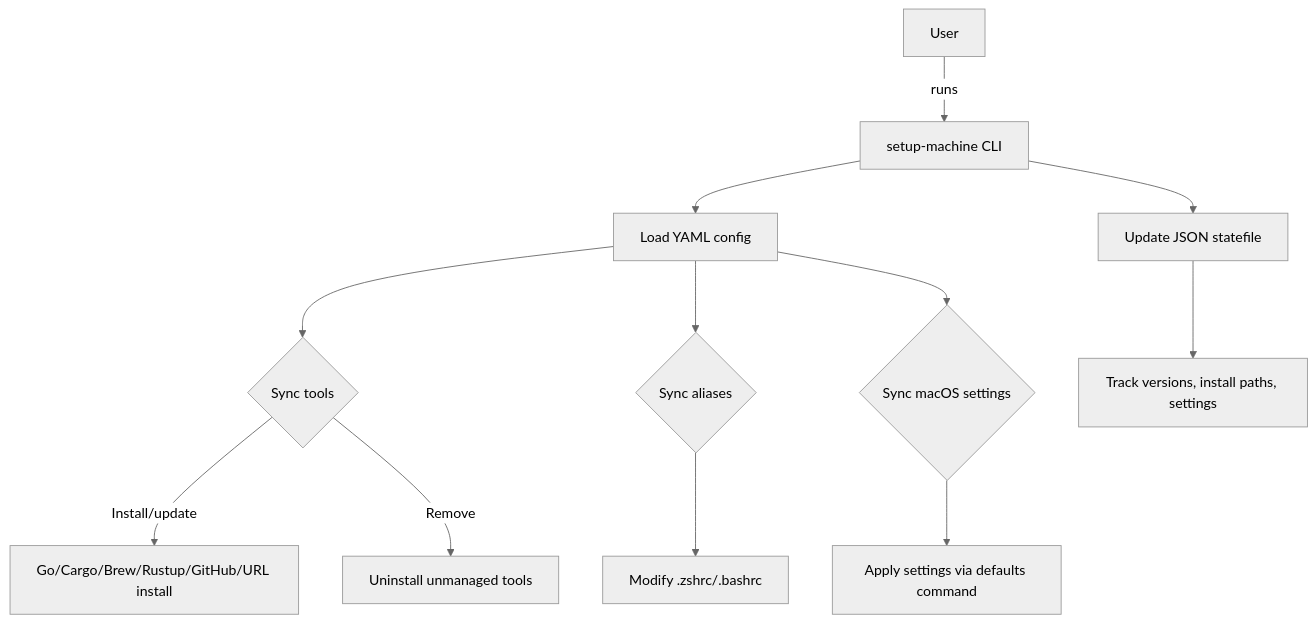
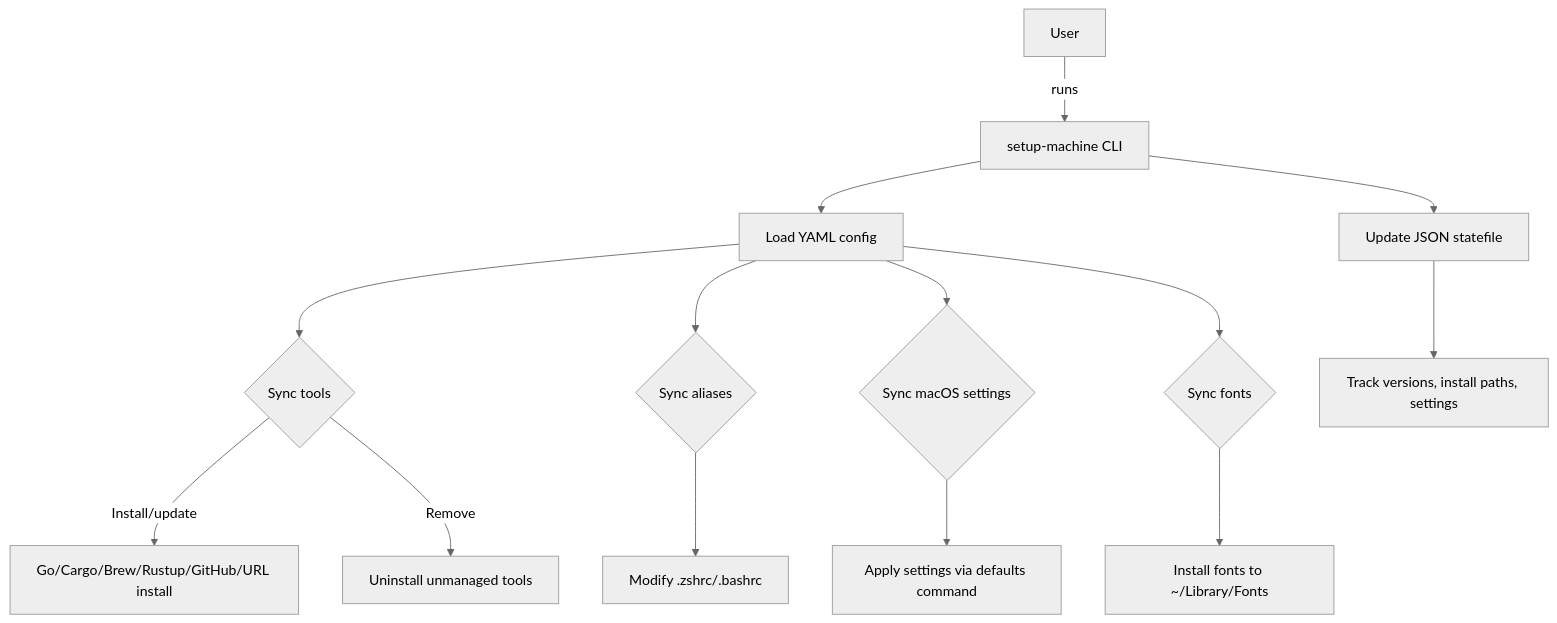
One commit to kodelint/setup-machine changed the diagram in README.md. Above: the diagram before and after it, drawn with Mermaid (neutral theme). The commit also changed other lines of this file, not shown here.

````diff
--- a/README.md
+++ b/README.md
@@ -32,14 +35,16 @@
 ```mermaid
 flowchart TD
     A[User] -->|runs| B[setup-machine CLI]
     B --> C[Load YAML config]
     C --> D{Sync tools}
     D -->|Install/update| E[Go/Cargo/Brew/Rustup/GitHub/URL install]
     D -->|Remove| F[Uninstall unmanaged tools]
     C --> G{Sync aliases}
     G --> H[Modify .zshrc/.bashrc]
     C --> I{Sync macOS settings}
     I --> J[Apply settings via defaults command]
+    C --> M{Sync fonts}
+    M --> N[Install fonts to ~/Library/Fonts]
     B --> K[Update JSON statefile]
     K --> L[Track versions, install paths, settings]
 ```
````
